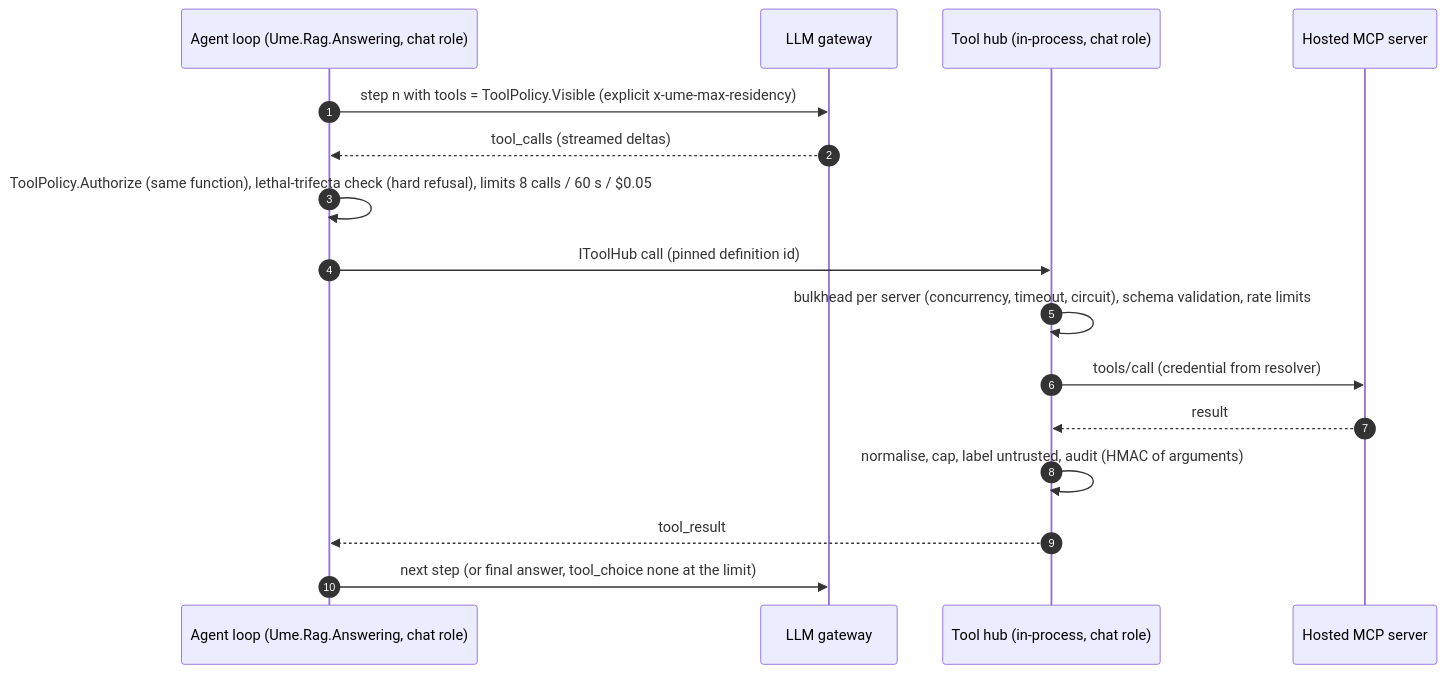
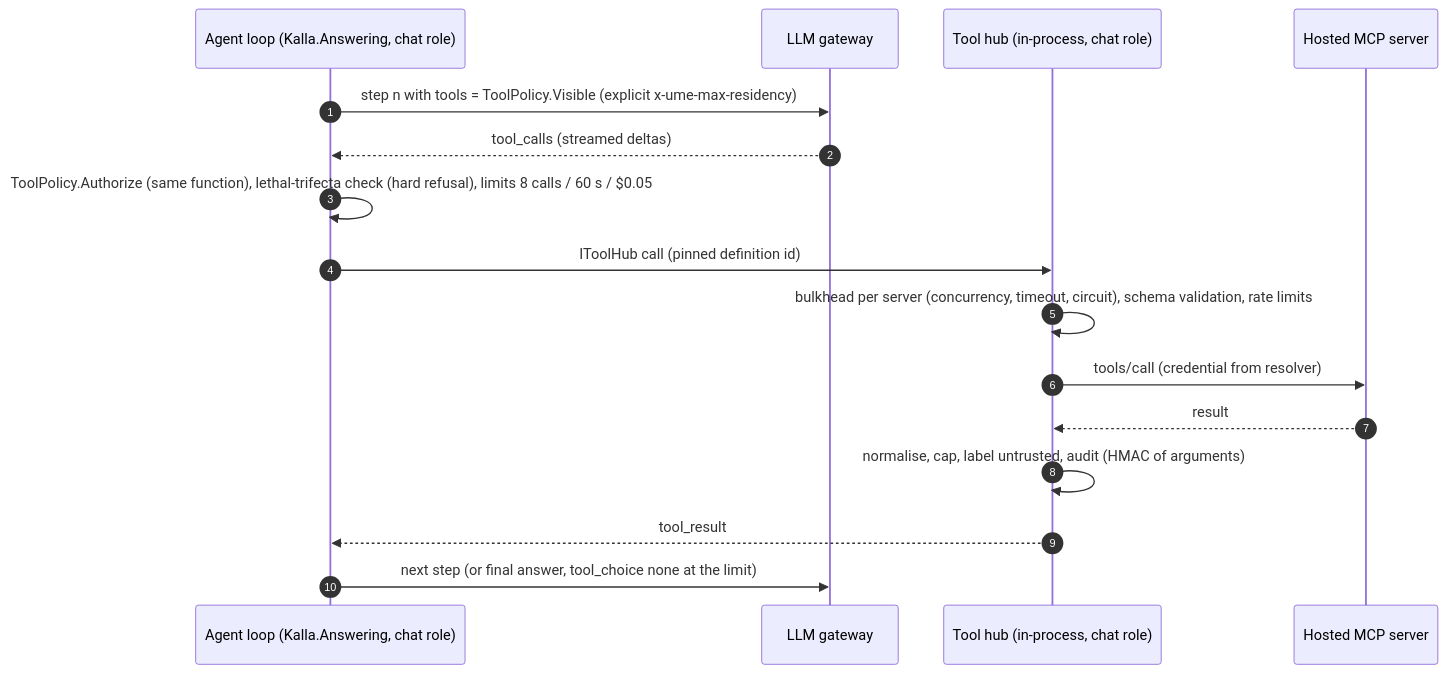
The fourth of 4 diagrams in plans/architecture.md (thekim1/kalla), drawn with Mermaid before and after one commit. The commit also changed other lines of this file and 2010 other files, not shown here.

Commit message:
Rename 1/7: projects, namespaces and the solution Ume.Rag.* → Kalla.* (Kalla.slnx)

````diff
--- a/plans/architecture.md
+++ b/plans/architecture.md
@@ -218,19 +218,19 @@
 ```mermaid
 sequenceDiagram
     autonumber
-    participant M as Agent loop (Ume.Rag.Answering, chat role)
+    participant M as Agent loop (Kalla.Answering, chat role)
     participant G as LLM gateway
     participant H as Tool hub (in-process, chat role)
     participant S as Hosted MCP server
 
     M->>G: step n with tools = ToolPolicy.Visible (explicit x-ume-max-residency)
     G-->>M: tool_calls (streamed deltas)
     M->>M: ToolPolicy.Authorize (same function), lethal-trifecta check (hard refusal), limits 8 calls / 60 s / $0.05
     M->>H: IToolHub call (pinned definition id)
     H->>H: bulkhead per server (concurrency, timeout, circuit), schema validation, rate limits
     H->>S: tools/call (credential from resolver)
     S-->>H: result
     H->>H: normalise, cap, label untrusted, audit (HMAC of arguments)
     H-->>M: tool_result
     M->>G: next step (or final answer, tool_choice none at the limit)
 ```
````
